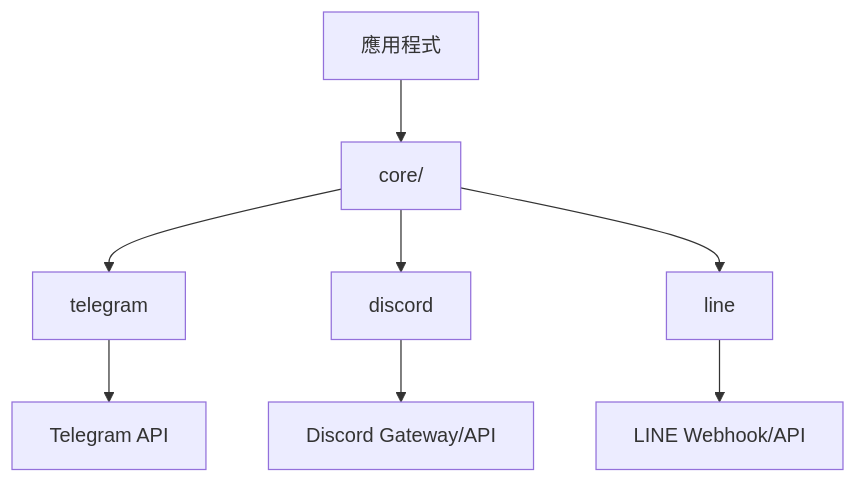
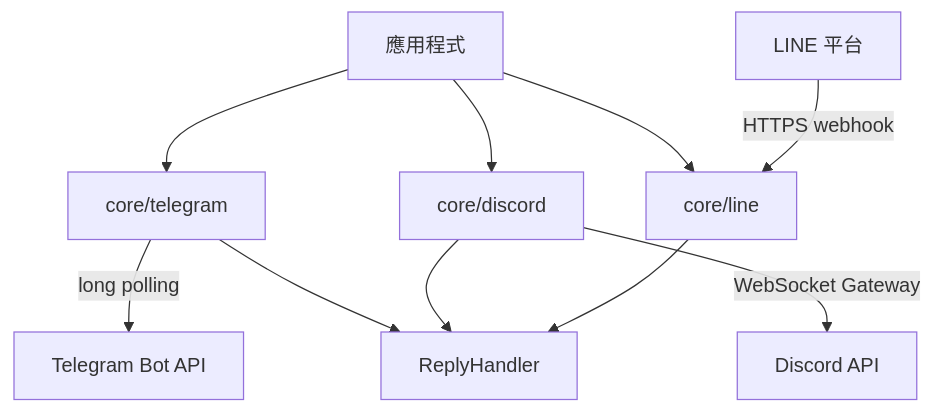
One commit to pardnchiu/go-bot changed the diagram in doc/README.zh.md. Above: the diagram before and after it, drawn with Mermaid. The commit also changed other lines of this file and 5 other files, not shown here.

````diff
--- a/doc/README.zh.md
+++ b/doc/README.zh.md
@@ -38,10 +42,12 @@
 ```mermaid
 graph TB
-    App[應用程式] --> Core[core/]
-    Core --> TG[telegram]
-    Core --> DC[discord]
-    Core --> LN[line]
-    TG --> TelegramAPI[Telegram API]
-    DC --> DiscordAPI[Discord Gateway/API]
-    LN --> LineAPI[LINE Webhook/API]
+    App[應用程式] --> TG[core/telegram]
+    App --> DC[core/discord]
+    App --> LN[core/line]
+    TG -->|long polling| TelegramAPI[Telegram Bot API]
+    DC -->|WebSocket Gateway| DiscordAPI[Discord API]
+    LineAPI[LINE 平台] -->|HTTPS webhook| LN
+    TG --> Handler[ReplyHandler]
+    DC --> Handler
+    LN --> Handler
 ```
````
